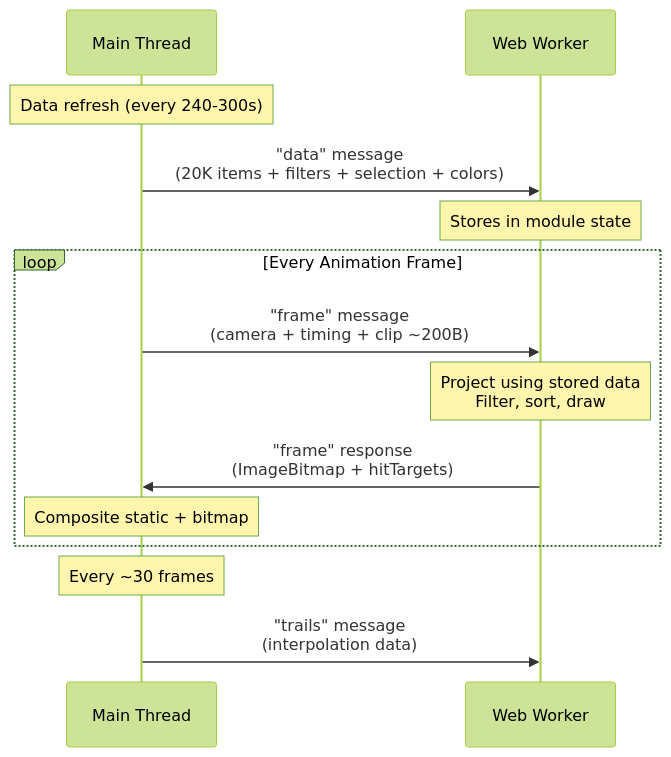
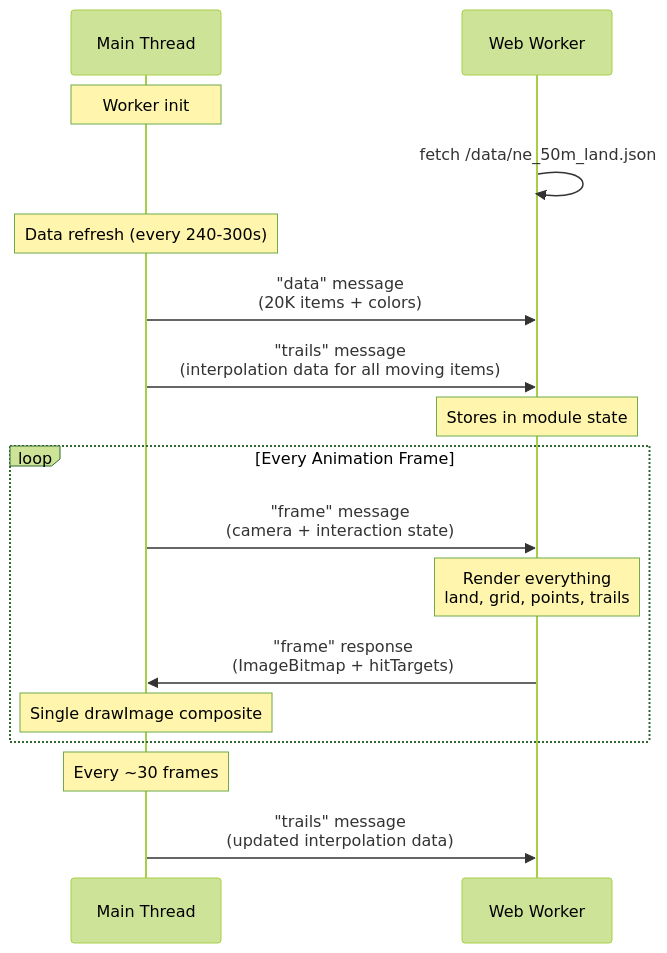
One commit to iiTONELOC/sigint changed the second of 3 diagrams in docs/rendering.md. Above: the diagram before and after it, drawn with Mermaid (forest theme). The commit also changed other lines of this file and 4 other files, not shown here.

````diff
--- a/docs/rendering.md
+++ b/docs/rendering.md
@@ -90,19 +87,23 @@
 ```mermaid
 sequenceDiagram
     participant MT as Main Thread
     participant W as Web Worker
 
+    Note over MT: Worker init
+    W->>W: fetch /data/ne_50m_land.json
+
     Note over MT: Data refresh (every 240-300s)
-    MT->>W: "data" message<br/>(20K items + filters + selection + colors)
+    MT->>W: "data" message<br/>(20K items + colors)
+    MT->>W: "trails" message<br/>(interpolation data for all moving items)
     Note over W: Stores in module state
 
     loop Every Animation Frame
-        MT->>W: "frame" message<br/>(camera + timing + clip ~200B)
-        Note over W: Project using stored data<br/>Filter, sort, draw
+        MT->>W: "frame" message<br/>(camera + interaction state)
+        Note over W: Render everything<br/>land, grid, points, trails
         W->>MT: "frame" response<br/>(ImageBitmap + hitTargets)
-        Note over MT: Composite static + bitmap
+        Note over MT: Single drawImage composite
     end
 
     Note over MT: Every ~30 frames
-    MT->>W: "trails" message<br/>(interpolation data)
+    MT->>W: "trails" message<br/>(updated interpolation data)
 ```
````
